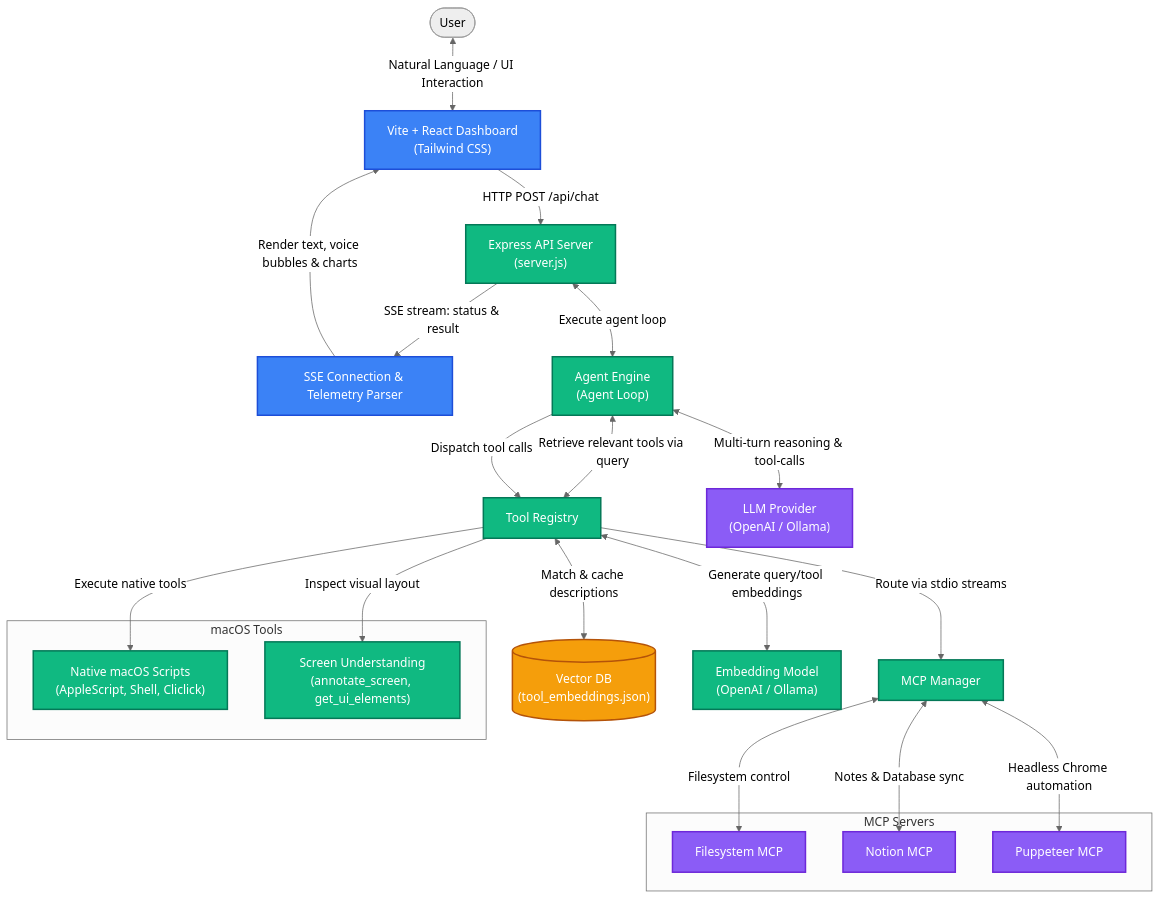
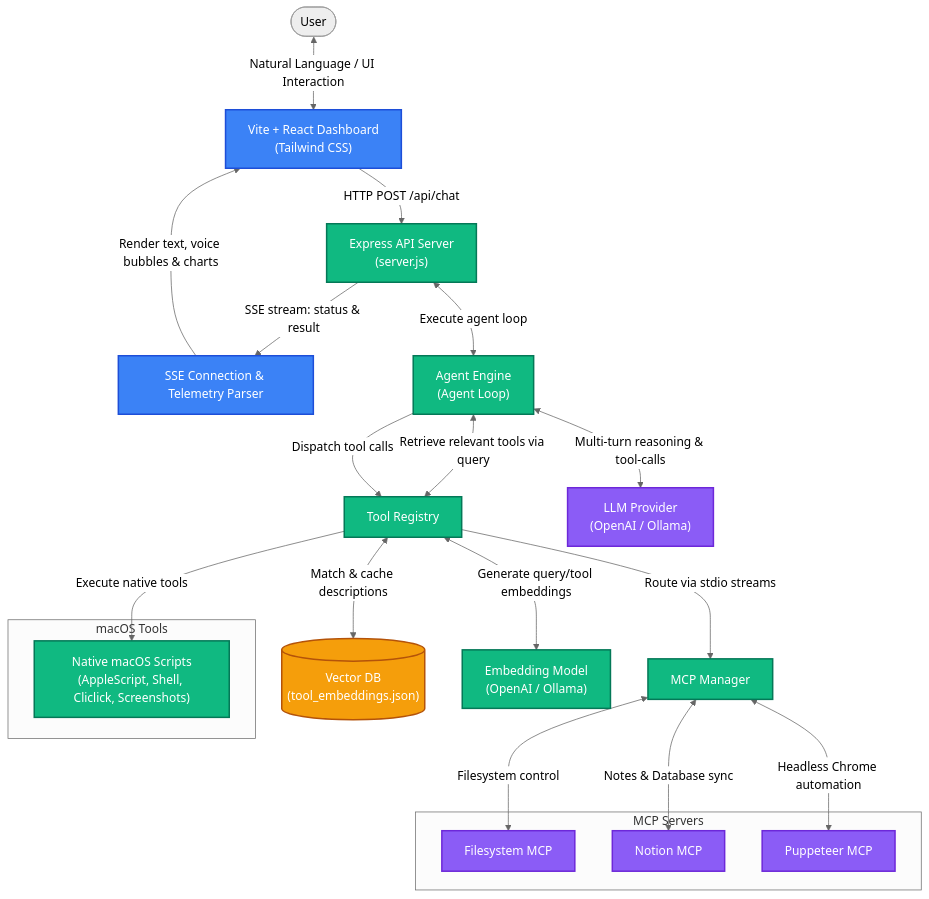
The diagram in README.md (krishnakanthpathi/PersonalAssistant), drawn with Mermaid (neutral theme) before and after one commit. The commit also changed other lines of this file and 14 other files, not shown here.

````diff
--- a/README.md
+++ b/README.md
@@ -11,56 +11,54 @@
 ```mermaid
 graph TD
     %% Styling
     classDef frontend fill:#3b82f6,stroke:#1d4ed8,stroke-width:2px,color:#fff;
     classDef backend fill:#10b981,stroke:#047857,stroke-width:2px,color:#fff;
     classDef database fill:#f59e0b,stroke:#b45309,stroke-width:2px,color:#fff;
     classDef external fill:#8b5cf6,stroke:#6d28d9,stroke-width:2px,color:#fff;
 
     %% Nodes
     User([User])
     UI["Vite + React Dashboard<br/>(Tailwind CSS)"]:::frontend
     SSE["SSE Connection & Telemetry Parser"]:::frontend
     
     SRV["Express API Server<br/>(server.js)"]:::backend
     AGT["Agent Engine<br/>(Agent Loop)"]:::backend
     REG["Tool Registry"]:::backend
     MGR["MCP Manager"]:::backend
     
     VDB[("Vector DB<br/>(tool_embeddings.json)")]:::database
     EMB["Embedding Model<br/>(OpenAI / Ollama)"]:::backend
     
     LLM["LLM Provider<br/>(OpenAI / Ollama)"]:::external
     
     subgraph macOS Tools
-        T_SYS["Native macOS Scripts<br/>(AppleScript, Shell, Cliclick)"]:::backend
-        T_UI["Screen Understanding<br/>(annotate_screen, get_ui_elements)"]:::backend
+        T_SYS["Native macOS Scripts<br/>(AppleScript, Shell, Cliclick, Screenshots)"]:::backend
     end
     
     subgraph MCP Servers
         M_FS["Filesystem MCP"]:::external
         M_NT["Notion MCP"]:::external
         M_PT["Puppeteer MCP"]:::external
     end
 
     %% Connections
     User <--> |Natural Language / UI Interaction| UI
     UI --> |HTTP POST /api/chat| SRV
     SRV --> |SSE stream: status & result| SSE
     SSE --> |Render text, voice bubbles & charts| UI
     
     SRV <--> |Execute agent loop| AGT
     AGT <--> |Retrieve relevant tools via query| REG
     REG <--> |Match & cache descriptions| VDB
     REG <--> |Generate query/tool embeddings| EMB
     
     AGT <--> |Multi-turn reasoning & tool-calls| LLM
     AGT --> |Dispatch tool calls| REG
     
     REG --> |Execute native tools| T_SYS
-    REG --> |Inspect visual layout| T_UI
     REG --> |Route via stdio streams| MGR
     
     MGR <--> |Filesystem control| M_FS
     MGR <--> |Notes & Database sync| M_NT
     MGR <--> |Headless Chrome automation| M_PT
 ```
````
